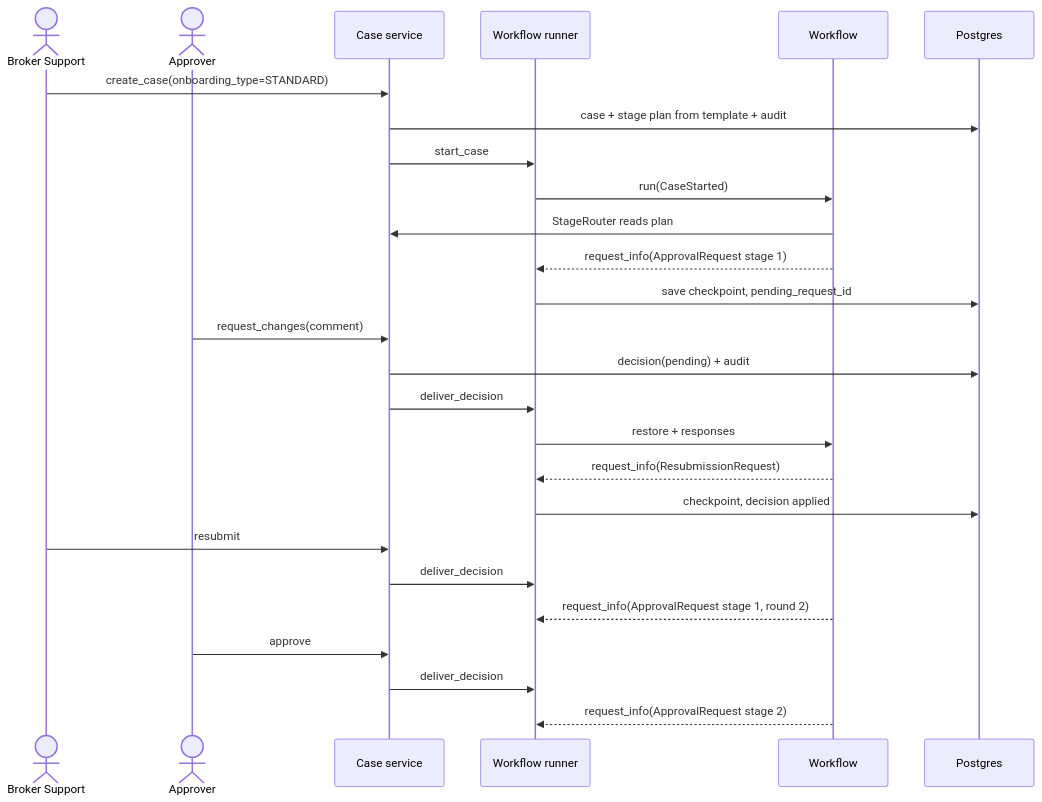
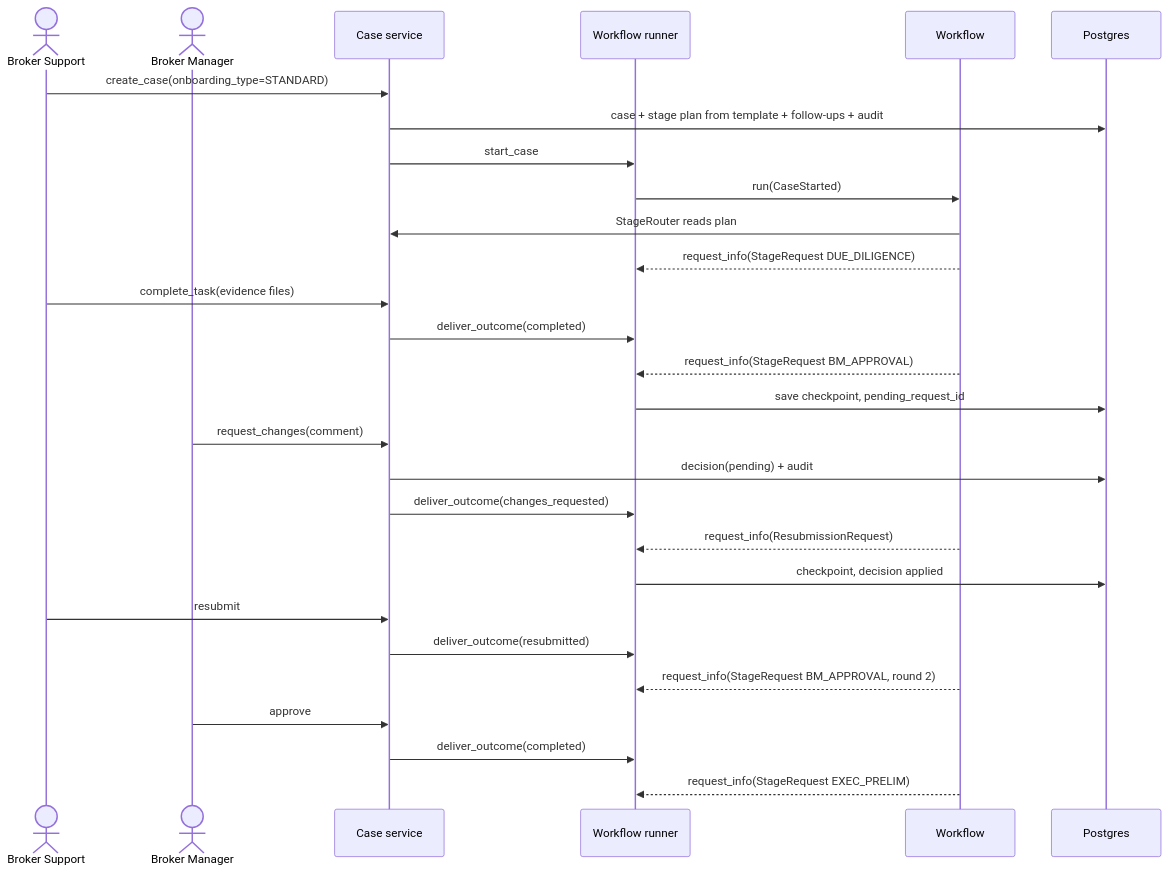
The sixth of 10 diagrams in poc/ARCHITECTURE.md (c42-arun/python-agentframework-demos), drawn with Mermaid before and after one commit. The commit also changed other lines of this file and 2 other files, not shown here.

First line of the commit message:
Update broker onboarding POC docs from business workflow

````diff
--- a/poc/ARCHITECTURE.md
+++ b/poc/ARCHITECTURE.md
@@ -409,32 +683,34 @@
 ```mermaid
 sequenceDiagram
     actor BS as Broker Support
-    actor AP as Approver
+    actor BM as Broker Manager
     participant SVC as Case service
     participant RUN as Workflow runner
     participant WF as Workflow
     participant DB as Postgres
 
     BS->>SVC: create_case(onboarding_type=STANDARD)
-    SVC->>DB: case + stage plan from template + audit
+    SVC->>DB: case + stage plan from template + follow-ups + audit
     SVC->>RUN: start_case
     RUN->>WF: run(CaseStarted)
     WF->>SVC: StageRouter reads plan
-    WF-->>RUN: request_info(ApprovalRequest stage 1)
+    WF-->>RUN: request_info(StageRequest DUE_DILIGENCE)
+    BS->>SVC: complete_task(evidence files)
+    SVC->>RUN: deliver_outcome(completed)
+    WF-->>RUN: request_info(StageRequest BM_APPROVAL)
     RUN->>DB: save checkpoint, pending_request_id
 
-    AP->>SVC: request_changes(comment)
+    BM->>SVC: request_changes(comment)
     SVC->>DB: decision(pending) + audit
-    SVC->>RUN: deliver_decision
-    RUN->>WF: restore + responses
+    SVC->>RUN: deliver_outcome(changes_requested)
     WF-->>RUN: request_info(ResubmissionRequest)
     RUN->>DB: checkpoint, decision applied
 
     BS->>SVC: resubmit
-    SVC->>RUN: deliver_decision
-    WF-->>RUN: request_info(ApprovalRequest stage 1, round 2)
+    SVC->>RUN: deliver_outcome(resubmitted)
+    WF-->>RUN: request_info(StageRequest BM_APPROVAL, round 2)
 
-    AP->>SVC: approve
-    SVC->>RUN: deliver_decision
-    WF-->>RUN: request_info(ApprovalRequest stage 2)
+    BM->>SVC: approve
+    SVC->>RUN: deliver_outcome(completed)
+    WF-->>RUN: request_info(StageRequest EXEC_PRELIM)
 ```
````
